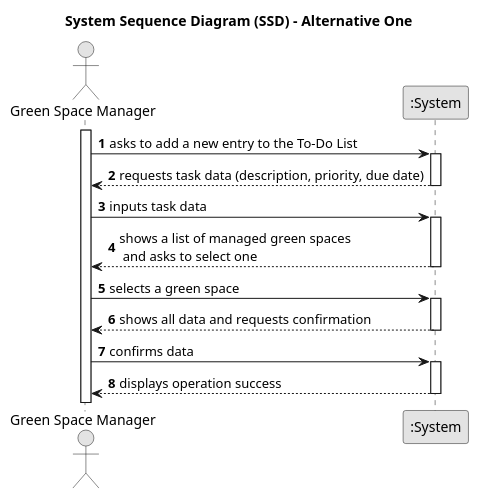
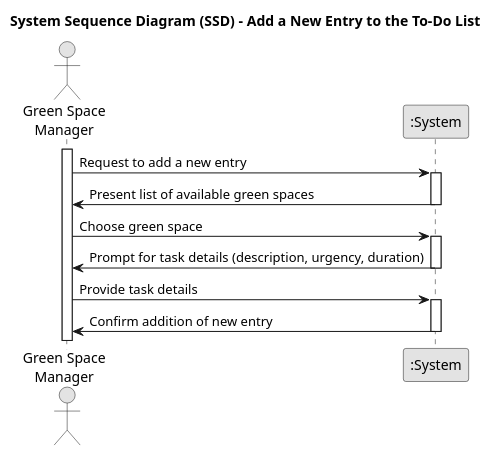
The diagram in docs/sprintC/us021/01.requirements-engineering/puml/us021-system-sequence-diagram-alternative-one.puml (diogoveirospro/lei-24-s2-1dg-g072), drawn with PlantUML before and after one commit. The commit also changed 5 other files, not shown here.

```diff
--- a/docs/sprintC/us021/01.requirements-engineering/puml/us021-system-sequence-diagram-alternative-one.puml
+++ b/docs/sprintC/us021/01.requirements-engineering/puml/us021-system-sequence-diagram-alternative-one.puml
@@ -1,39 +1,31 @@
 @startuml
 skinparam monochrome true
 skinparam packageStyle rectangle
 skinparam shadowing false
 
-title System Sequence Diagram (SSD) - Alternative One
+title System Sequence Diagram (SSD) - Add a New Entry to the To-Do List
 
-autonumber
-
-actor "Green Space Manager" as GSM
+actor "Green Space\nManager" as GSM
 participant ":System" as System
 
 activate GSM
 
-    GSM -> System : asks to add a new entry to the To-Do List
-    activate System
+GSM -> System: Request to add a new entry
+activate System
 
-        System --> GSM : requests task data (description, priority, due date)
-    deactivate System
+System -> GSM: Present list of available green spaces
+deactivate System
 
-    GSM -> System : inputs task data
-    activate System
+GSM -> System: Choose green space
+activate System
 
-        System --> GSM : shows a list of managed green spaces \n and asks to select one
-    deactivate System
+System -> GSM: Prompt for task details (description, urgency, duration)
+deactivate System
 
-    GSM -> System : selects a green space
-    activate System
+GSM -> System: Provide task details
+activate System
 
-        System --> GSM : shows all data and requests confirmation
-    deactivate System
-
-    GSM -> System : confirms data
-    activate System
-
-        System --> GSM : displays operation success
-    deactivate System
+System -> GSM: Confirm addition of new entry
+deactivate System
 
 @enduml
```
